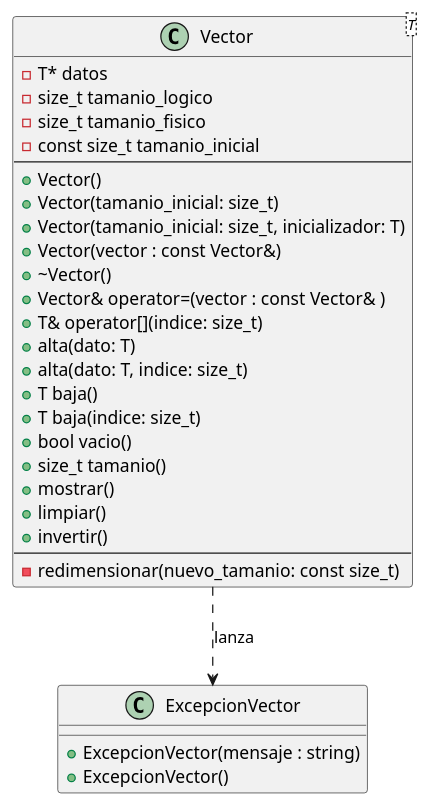
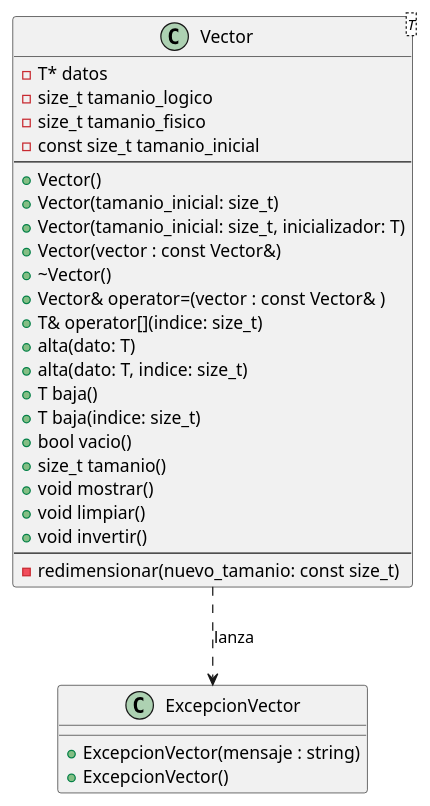
Before and after one commit to guillsil/Transformers-Game: the diagram in Diagramas-UML/Vector.puml, drawn with PlantUML. The commit also changed 20 other files, not shown here.

Commit message:
Refactor: convert los uml mas importantes a png

```diff
--- a/Diagramas-UML/Vector.puml
+++ b/Diagramas-UML/Vector.puml
@@ -1,37 +1,37 @@
 @startuml
 'https://plantuml.com/class-diagram
 
 class ExcepcionVector {
     +ExcepcionVector(mensaje : string)
     +ExcepcionVector()
 }
 
 class Vector<T> {
     -T* datos
     -size_t tamanio_logico
     -size_t tamanio_fisico
     -const size_t tamanio_inicial
     ---
     +Vector()
     +Vector(tamanio_inicial: size_t)
     +Vector(tamanio_inicial: size_t, inicializador: T)
     +Vector(vector : const Vector&)
     +~Vector()
     + Vector& operator=(vector : const Vector& )
     + T& operator[](indice: size_t)
     +alta(dato: T)
     +alta(dato: T, indice: size_t)
     + T baja()
     + T baja(indice: size_t)
     + bool vacio()
     + size_t tamanio()
-    +mostrar()
-    +limpiar()
-    +invertir()
+    + void mostrar()
+    + void limpiar()
+    + void invertir()
     ---
     -redimensionar(nuevo_tamanio: const size_t)
 }
 
 Vector ..>  ExcepcionVector : "lanza"
 
 @enduml
```
